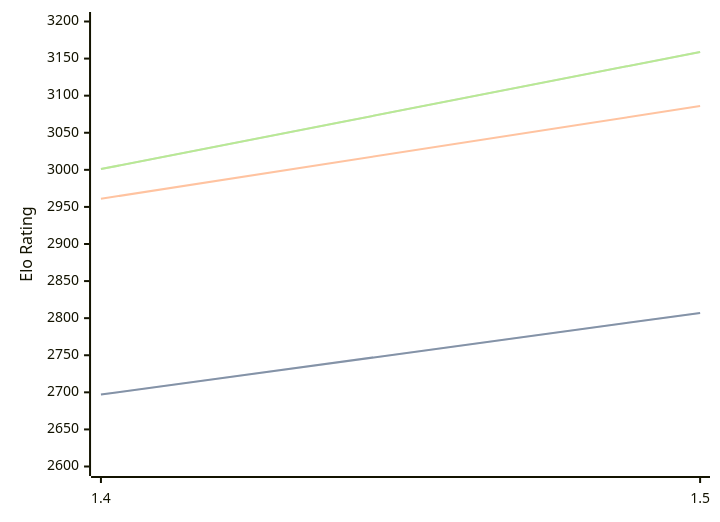
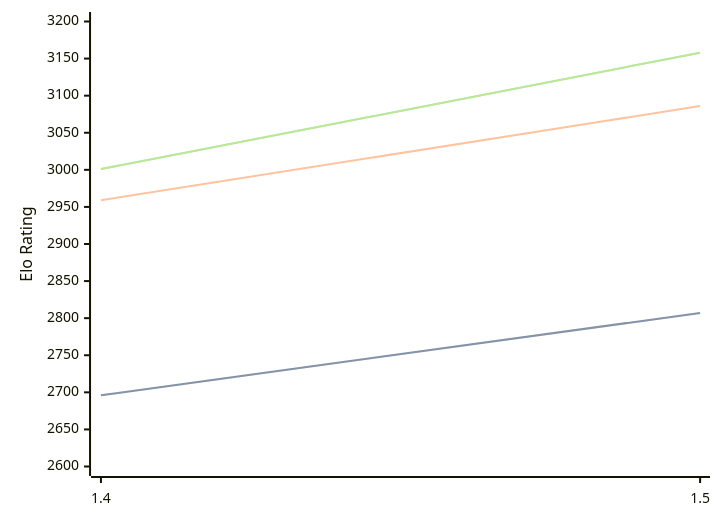
The diagram in engines/Yakka.md (computer-chess-index/cci), drawn with Mermaid before and after one commit. The commit also changed other lines of this file, not shown here.

Commit message:
Update CCI Ratings (ELO VLTC) - 2026-02-18

````diff
--- a/engines/Yakka.md
+++ b/engines/Yakka.md
@@ -33,11 +33,11 @@
 ```mermaid
 %%{init: {"theme":"base","themeVariables":{"seriesColors:['#a3a3a3','#222221','#faa371']}}}%%
 xychart-beta
   x-axis ["1.4", "1.5"]
   y-axis "Elo Rating" 2600 --> 3200
-  line "STC (8.0+0.08s)" [2697, 2807]
-  line "STC (8.0+0.08s)" [2697, 2807]
-  line "LTC (60.0+0.60s)" [2961, 3086]
-  line "VLTC (2m24s+1.12s)" [3001, 3159]
-  line "VLTC (2m24s+1.12s)" [3001, 3159]
+  line "STC (8.0+0.08s)" [2696, 2807]
+  line "STC (8.0+0.08s)" [2696, 2807]
+  line "LTC (60.0+0.60s)" [2959, 3086]
+  line "VLTC (2m24s+1.12s)" [3001, 3158]
+  line "VLTC (2m24s+1.12s)" [3001, 3158]
 ```
````
